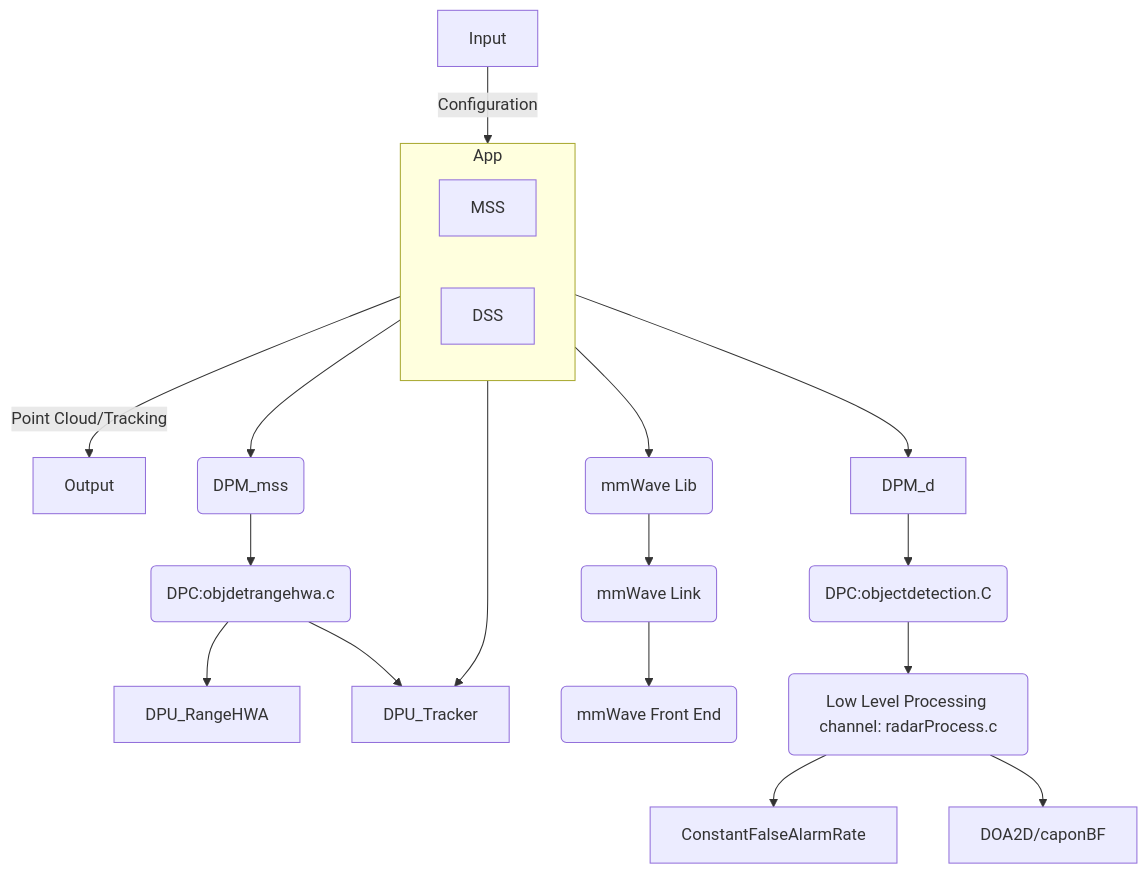
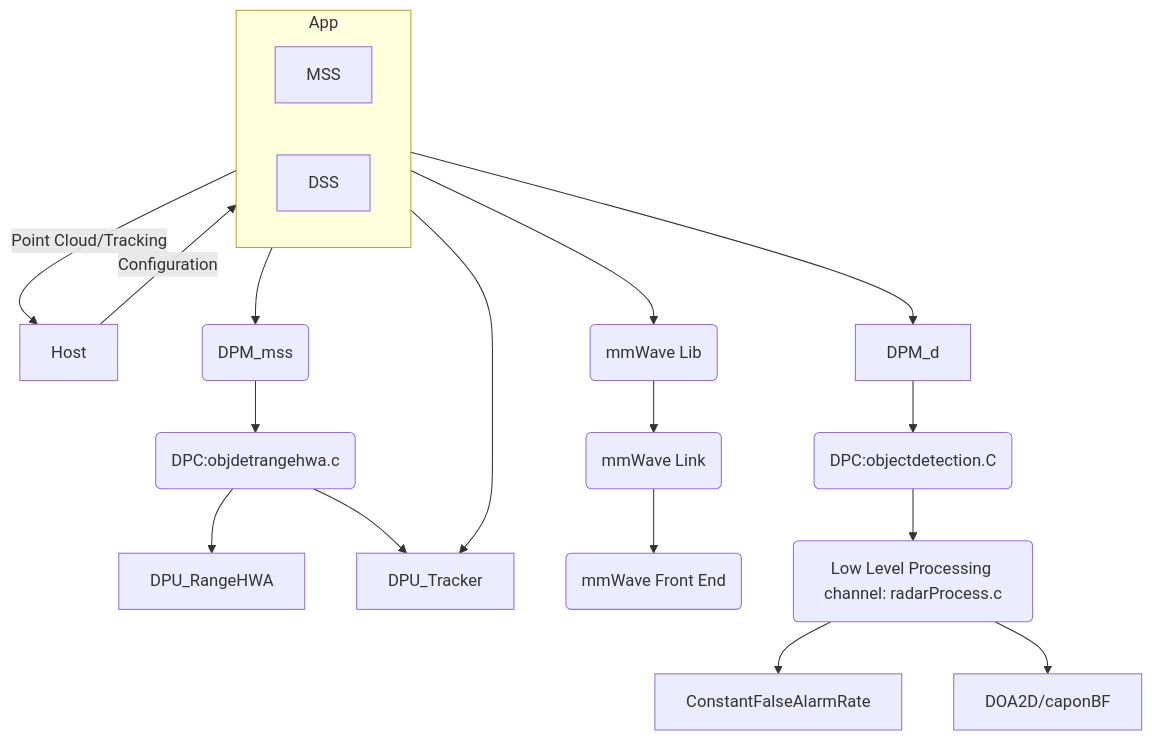
Before and after one commit to Yunjong-Lee/Interests: the diagram in 250205_3DVOD_Review.md, drawn with Mermaid. The commit also changed other lines of this file, not shown here.

````diff
--- a/250205_3DVOD_Review.md
+++ b/250205_3DVOD_Review.md
@@ -8,27 +9,27 @@
 ```mermaid  
 flowchart TD  
-    Input --> |Configuration| MSS  
-    MSS --> |Point Cloud/Tracking| Output  
+    Host --> |Configuration| MSS  
+    MSS --> |Point Cloud/Tracking| Host  
     
     subgraph App
         direction LR
         MSS
         DSS
     end
     
     MSS --> mmWaveLib(mmWave Lib)
     MSS --> DPM_M(DPM_mss)
     DPM_M --> DPC_HWA(DPC:objdetrangehwa.c)
     DPC_HWA --> DPU_RangeHWA
     DPC_HWA --> DPU_Tracker
     
     mmWaveLib --> mmWaveLink(mmWave Link)
     mmWaveLink --> mmWaveFEM(mmWave Front End)
     MSS --> DPU_Tracker
     
     DSS --> DPM_d
     DPM_d --> DPC_d(DPC:objectdetection.C)
     DPC_d --> DPU(Low Level Processing channel: radarProcess.c)
     DPU --> ConstantFalseAlarmRate
     DPU --> DOA2D/caponBF
 ```
````
